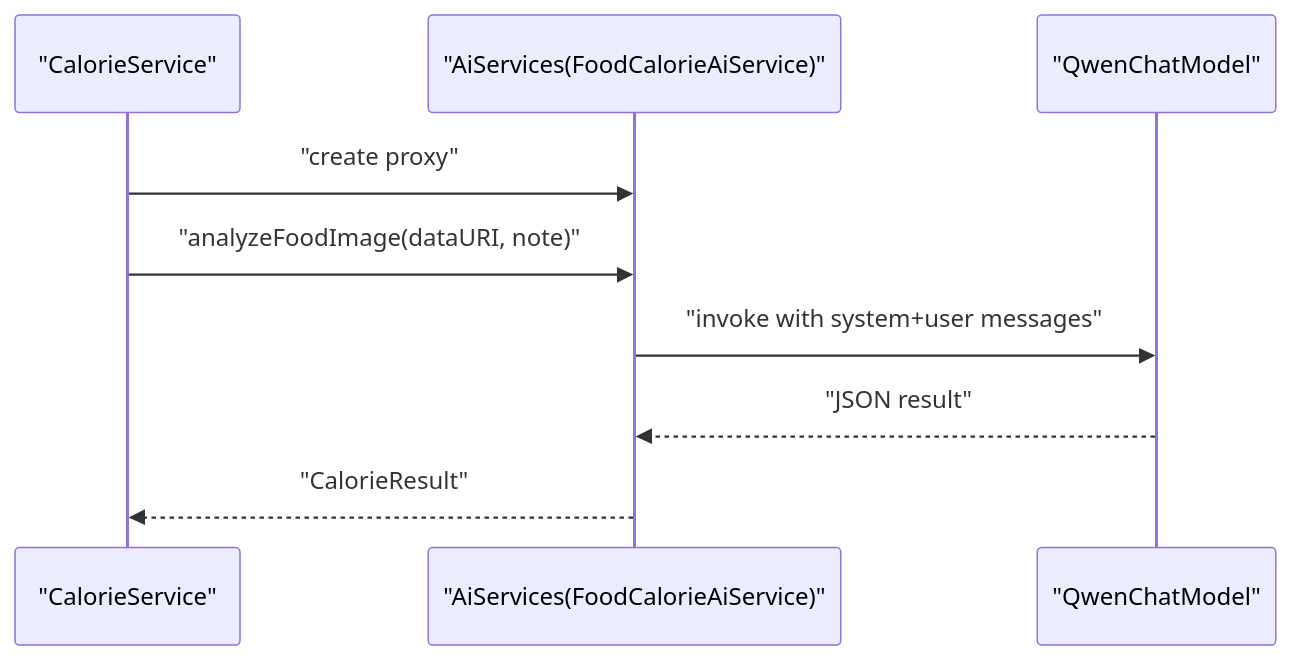
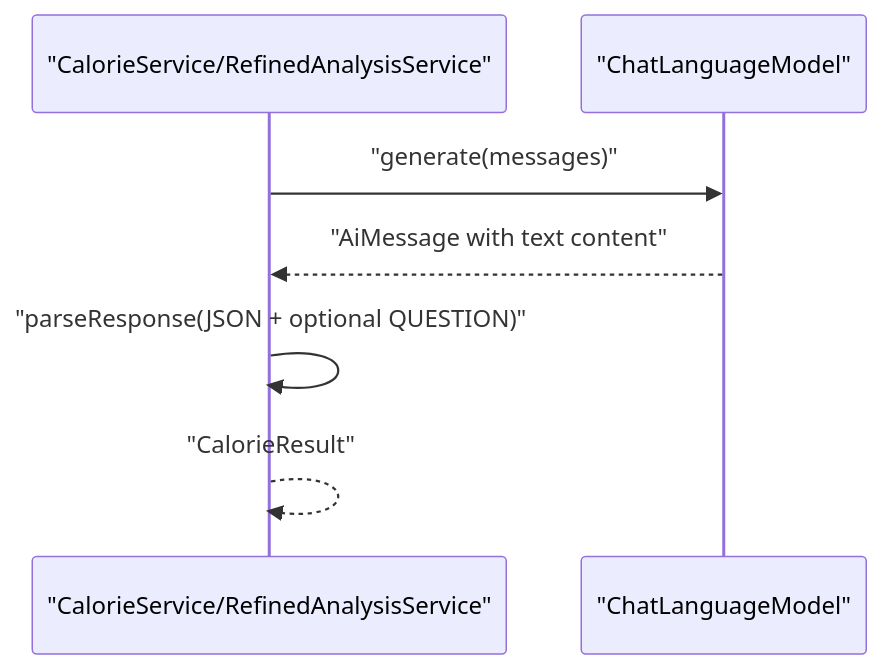
The fifth of 13 diagrams in .qoder/repowiki/en/content/AI Integration.md (Meng-hh/heat_calculate), drawn with Mermaid before and after one commit. The commit also changed other lines of this file and 25 other files, not shown here.

````diff
--- a/.qoder/repowiki/en/content/AI Integration.md
+++ b/.qoder/repowiki/en/content/AI Integration.md
@@ -198,11 +208,9 @@
 ```mermaid
 sequenceDiagram
-participant Svc as "CalorieService"
-participant Proxy as "AiServices(FoodCalorieAiService)"
-participant Model as "QwenChatModel"
-Svc->>Proxy : "create proxy"
-Svc->>Proxy : "analyzeFoodImage(dataURI, note)"
-Proxy->>Model : "invoke with system+user messages"
-Model-->>Proxy : "JSON result"
-Proxy-->>Svc : "CalorieResult"
+participant Svc as "CalorieService/RefinedAnalysisService"
+participant Model as "ChatLanguageModel"
+Svc->>Model : "generate(messages)"
+Model-->>Svc : "AiMessage with text content"
+Svc->>Svc : "parseResponse(JSON + optional QUESTION)"
+Svc-->>Svc : "CalorieResult"
 ```
````
